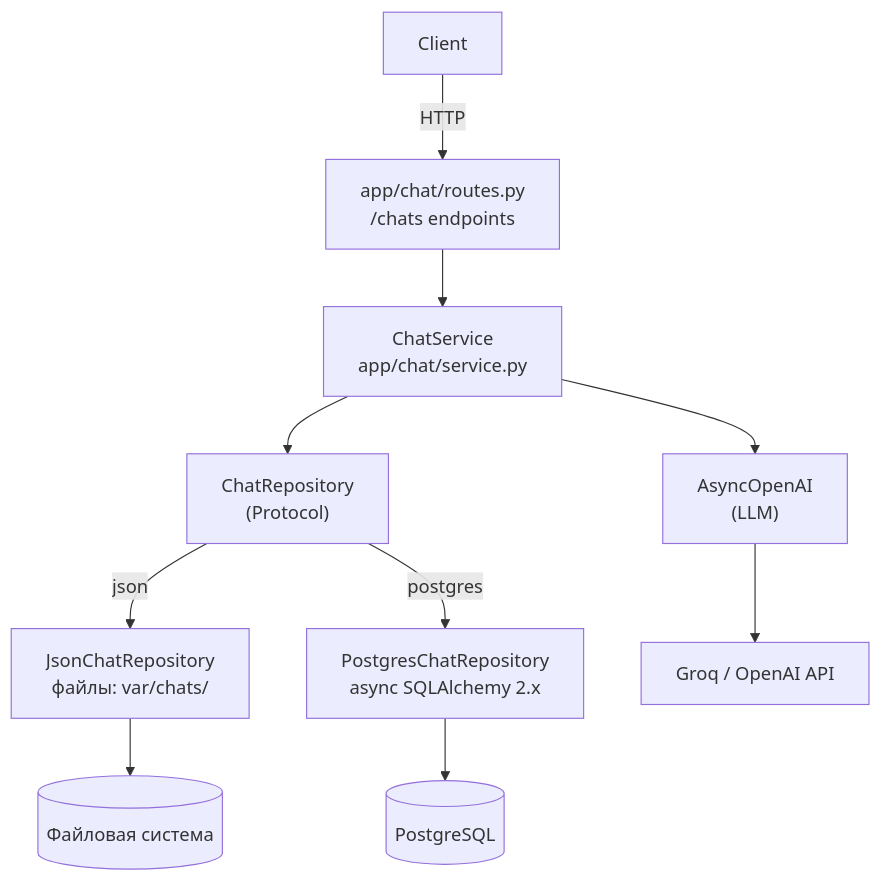
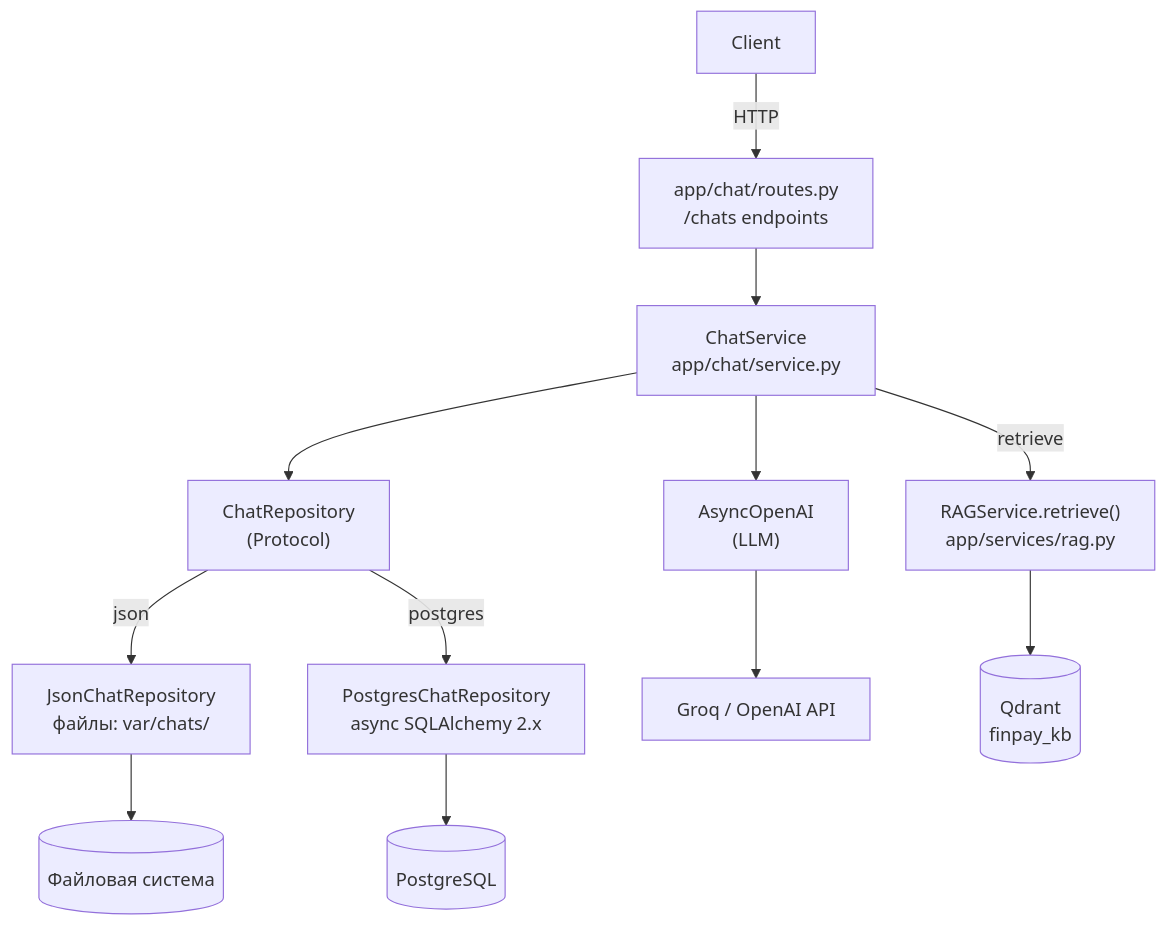
The diagram in docs/chat.md (Arkhangel/finpay), drawn with Mermaid before and after one commit. The commit also changed other lines of this file and 78 other files, not shown here.

````diff
--- a/docs/chat.md
+++ b/docs/chat.md
@@ -5,12 +5,14 @@
 ```mermaid
 graph TD
     Client -->|HTTP| routes["app/chat/routes.py\n/chats endpoints"]
     routes --> ChatService["ChatService\napp/chat/service.py"]
     ChatService --> ChatRepository["ChatRepository\n(Protocol)"]
     ChatService --> llm_client["AsyncOpenAI\n(LLM)"]
+    ChatService -->|retrieve| RAGService["RAGService.retrieve()\napp/services/rag.py"]
     ChatRepository -->|json| JsonRepo["JsonChatRepository\nфайлы: var/chats/"]
     ChatRepository -->|postgres| PgRepo["PostgresChatRepository\nasync SQLAlchemy 2.x"]
     JsonRepo --> FS[(Файловая система)]
     PgRepo --> PG[(PostgreSQL)]
     llm_client --> Groq["Groq / OpenAI API"]
+    RAGService --> Qdrant[(Qdrant\nfinpay_kb)]
 ```
````
